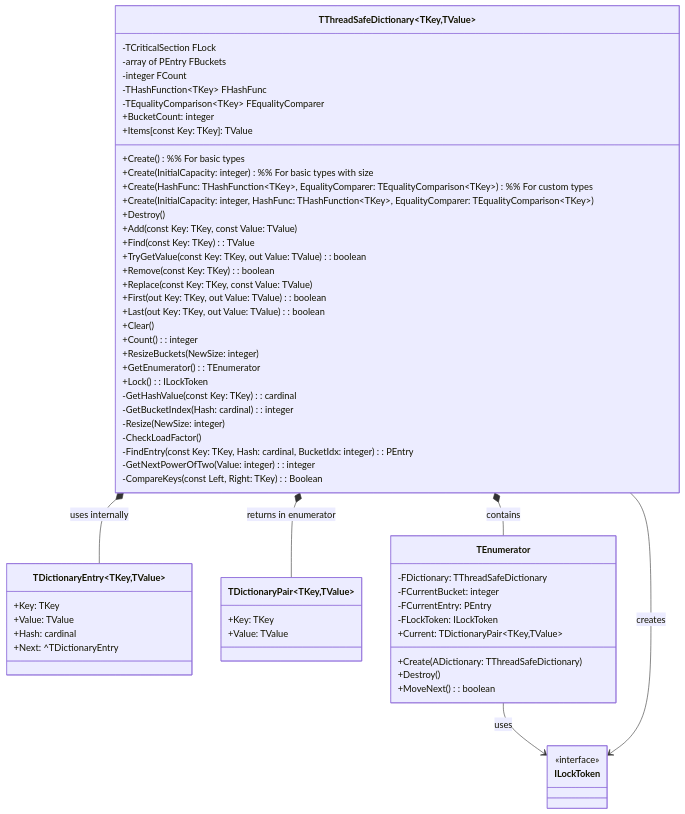
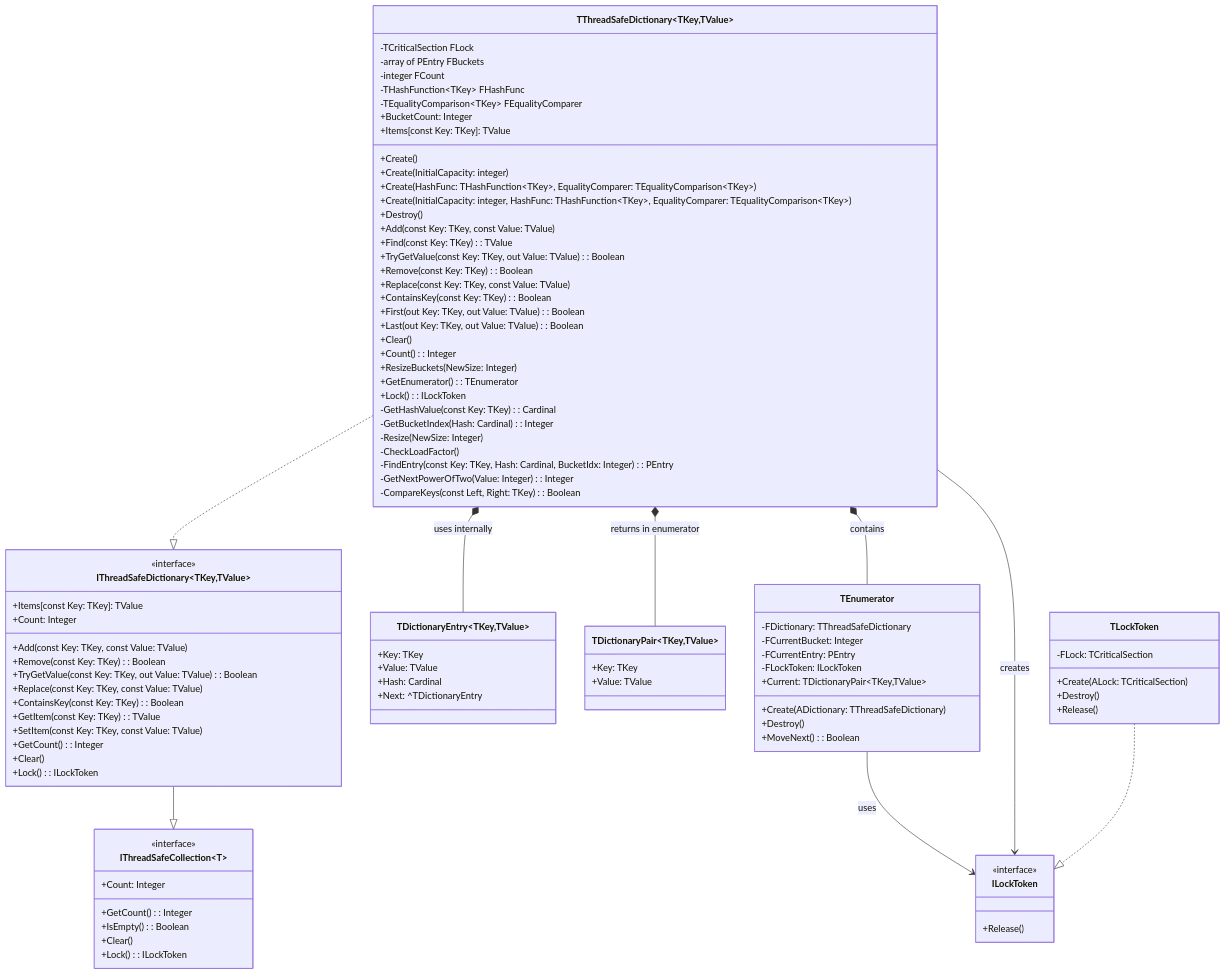
The diagram in docs/ThreadSafeCollections.Dictionary.md (ikelaiah/threadsafecollections-fp), drawn with Mermaid before and after one commit. The commit also changed 2 other files, not shown here.

Commit message:
Update - Updated docs for Dictionary, HashSet, and List

````diff
--- a/docs/ThreadSafeCollections.Dictionary.md
+++ b/docs/ThreadSafeCollections.Dictionary.md
@@ -137,43 +137,69 @@
 ```mermaid
 classDiagram
+    class IThreadSafeCollection~T~ {
+        <<interface>>
+        +GetCount(): Integer
+        +IsEmpty(): Boolean
+        +Clear()
+        +Lock(): ILockToken
+        +Count: Integer
+    }
+
+    class IThreadSafeDictionary~TKey,TValue~ {
+        <<interface>>
+        +Add(const Key: TKey, const Value: TValue)
+        +Remove(const Key: TKey): Boolean
+        +TryGetValue(const Key: TKey, out Value: TValue): Boolean
+        +Replace(const Key: TKey, const Value: TValue)
+        +ContainsKey(const Key: TKey): Boolean
+        +GetItem(const Key: TKey): TValue
+        +SetItem(const Key: TKey, const Value: TValue)
+        +GetCount(): Integer
+        +Clear()
+        +Lock(): ILockToken
+        +Items[const Key: TKey]: TValue
+        +Count: Integer
+    }
+
     class TThreadSafeDictionary~TKey,TValue~ {
         -TCriticalSection FLock
         -array of PEntry FBuckets
         -integer FCount
         -THashFunction~TKey~ FHashFunc
         -TEqualityComparison~TKey~ FEqualityComparer
-        +Create()                                                      %% For basic types
-        +Create(InitialCapacity: integer)                             %% For basic types with size
-        +Create(HashFunc: THashFunction~TKey~, EqualityComparer: TEqualityComparison~TKey~)  %% For custom types
+        +Create()
+        +Create(InitialCapacity: integer)
+        +Create(HashFunc: THashFunction~TKey~, EqualityComparer: TEqualityComparison~TKey~)
         +Create(InitialCapacity: integer, HashFunc: THashFunction~TKey~, EqualityComparer: TEqualityComparison~TKey~)
         +Destroy()
         +Add(const Key: TKey, const Value: TValue)
         +Find(const Key: TKey): TValue
-        +TryGetValue(const Key: TKey, out Value: TValue): boolean
-        +Remove(const Key: TKey): boolean
+        +TryGetValue(const Key: TKey, out Value: TValue): Boolean
+        +Remove(const Key: TKey): Boolean
         +Replace(const Key: TKey, const Value: TValue)
-        +First(out Key: TKey, out Value: TValue): boolean
-        +Last(out Key: TKey, out Value: TValue): boolean
+        +ContainsKey(const Key: TKey): Boolean
+        +First(out Key: TKey, out Value: TValue): Boolean
+        +Last(out Key: TKey, out Value: TValue): Boolean
         +Clear()
-        +Count(): integer
-        +ResizeBuckets(NewSize: integer)
-        +BucketCount: integer
+        +Count(): Integer
+        +ResizeBuckets(NewSize: Integer)
+        +BucketCount: Integer
         +Items[const Key: TKey]: TValue
         +GetEnumerator(): TEnumerator
         +Lock(): ILockToken
-        -GetHashValue(const Key: TKey): cardinal
-        -GetBucketIndex(Hash: cardinal): integer
-        -Resize(NewSize: integer)
+        -GetHashValue(const Key: TKey): Cardinal
+        -GetBucketIndex(Hash: Cardinal): Integer
+        -Resize(NewSize: Integer)
         -CheckLoadFactor()
-        -FindEntry(const Key: TKey, Hash: cardinal, BucketIdx: integer): PEntry
-        -GetNextPowerOfTwo(Value: integer): integer
+        -FindEntry(const Key: TKey, Hash: Cardinal, BucketIdx: Integer): PEntry
+        -GetNextPowerOfTwo(Value: Integer): Integer
         -CompareKeys(const Left, Right: TKey): Boolean
     }
     
     class TDictionaryEntry~TKey,TValue~ {
         +Key: TKey
         +Value: TValue
-        +Hash: cardinal
+        +Hash: Cardinal
         +Next: ^TDictionaryEntry
     }
 
@@ -184,22 +210,33 @@
     
     class TEnumerator {
         -FDictionary: TThreadSafeDictionary
-        -FCurrentBucket: integer
+        -FCurrentBucket: Integer
         -FCurrentEntry: PEntry
         -FLockToken: ILockToken
         +Create(ADictionary: TThreadSafeDictionary)
         +Destroy()
-        +MoveNext(): boolean
+        +MoveNext(): Boolean
         +Current: TDictionaryPair~TKey,TValue~
     }
 
     class ILockToken {
         <<interface>>
+        +Release()
     }
 
+    class TLockToken {
+        -FLock: TCriticalSection
+        +Create(ALock: TCriticalSection)
+        +Destroy()
+        +Release()
+    }
+
+    IThreadSafeDictionary --|> IThreadSafeCollection
+    TThreadSafeDictionary ..|> IThreadSafeDictionary
     TThreadSafeDictionary *-- TEnumerator : contains
     TThreadSafeDictionary *-- TDictionaryEntry : uses internally
     TThreadSafeDictionary *-- TDictionaryPair : returns in enumerator
     TEnumerator --> ILockToken : uses
     TThreadSafeDictionary --> ILockToken : creates
+    TLockToken ..|> ILockToken
 ```
````
